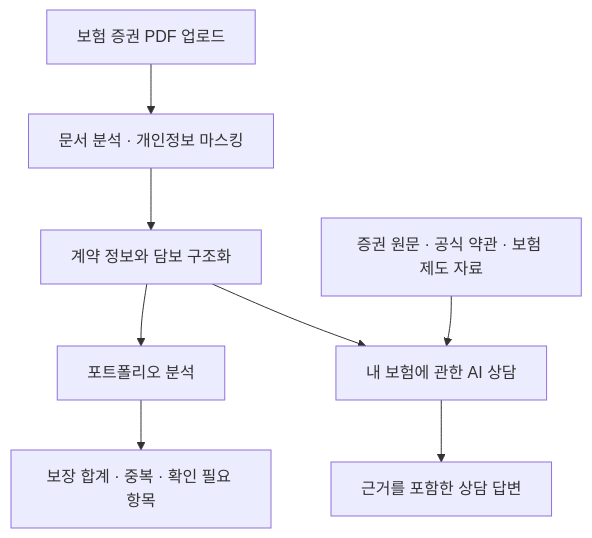
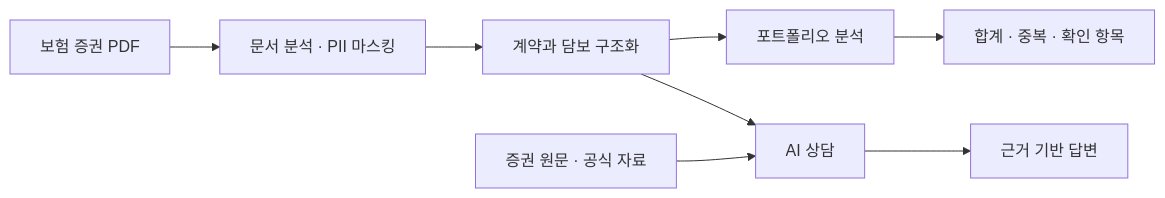
The first of 2 diagrams in README.md (seojuny95/coverly), drawn with Mermaid before and after one commit. The commit also changed other lines of this file and 11 other files, not shown here.

````diff
--- a/README.md
+++ b/README.md
@@ -26,10 +38,10 @@
 ```mermaid
-flowchart TD
-    A["보험 증권 PDF 업로드"] --> B["문서 분석 · 개인정보 마스킹"]
-    B --> C["계약 정보와 담보 구조화"]
+flowchart LR
+    A["보험 증권 PDF"] --> B["문서 분석 · PII 마스킹"]
+    B --> C["계약과 담보 구조화"]
     C --> D["포트폴리오 분석"]
-    C --> E["내 보험에 관한 AI 상담"]
-    F["증권 원문 · 공식 약관 · 보험 제도 자료"] --> E
-    D --> G["보장 합계 · 중복 · 확인 필요 항목"]
-    E --> H["근거를 포함한 상담 답변"]
+    C --> E["AI 상담"]
+    F["증권 원문 · 공식 자료"] --> E
+    D --> G["합계 · 중복 · 확인 항목"]
+    E --> H["근거 기반 답변"]
 ```
````
